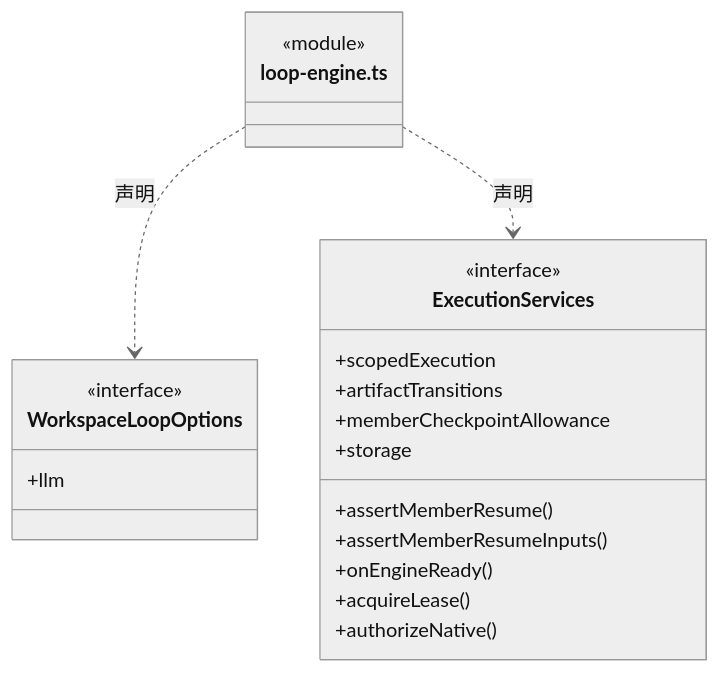
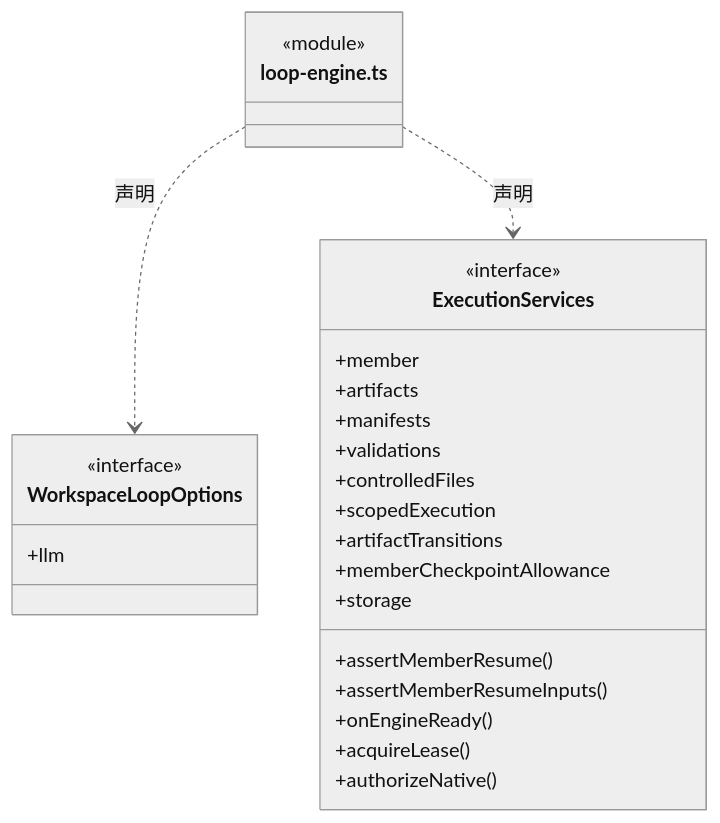
One commit to nan023062/cbim changed the third of 3 diagrams in src/logic/execution/assembly/ARCHITECTURE.md. Above: the diagram before and after it, drawn with Mermaid (neutral theme). The commit also changed other lines of this file and 87 other files, not shown here.

````diff
--- a/src/logic/execution/assembly/ARCHITECTURE.md
+++ b/src/logic/execution/assembly/ARCHITECTURE.md
@@ -78,24 +89,29 @@
 ```mermaid
 classDiagram
 class N_src_logic_execution_assembly_loop_engine_ts["loop-engine.ts"] {
   <<module>>
 }
 class N_src_logic_execution_assembly_loop_engine_ts_WorkspaceLoopOptions["WorkspaceLoopOptions"] {
   <<interface>>
   +llm
 }
 N_src_logic_execution_assembly_loop_engine_ts ..> N_src_logic_execution_assembly_loop_engine_ts_WorkspaceLoopOptions : 声明
 class N_src_logic_execution_assembly_loop_engine_ts_ExecutionServices["ExecutionServices"] {
   <<interface>>
+  +member
+  +artifacts
+  +manifests
+  +validations
+  +controlledFiles
   +scopedExecution
   +artifactTransitions
   +assertMemberResume()
   +memberCheckpointAllowance
   +assertMemberResumeInputs()
   +onEngineReady()
   +storage
   +acquireLease()
   +authorizeNative()
 }
 N_src_logic_execution_assembly_loop_engine_ts ..> N_src_logic_execution_assembly_loop_engine_ts_ExecutionServices : 声明
 ```
````
